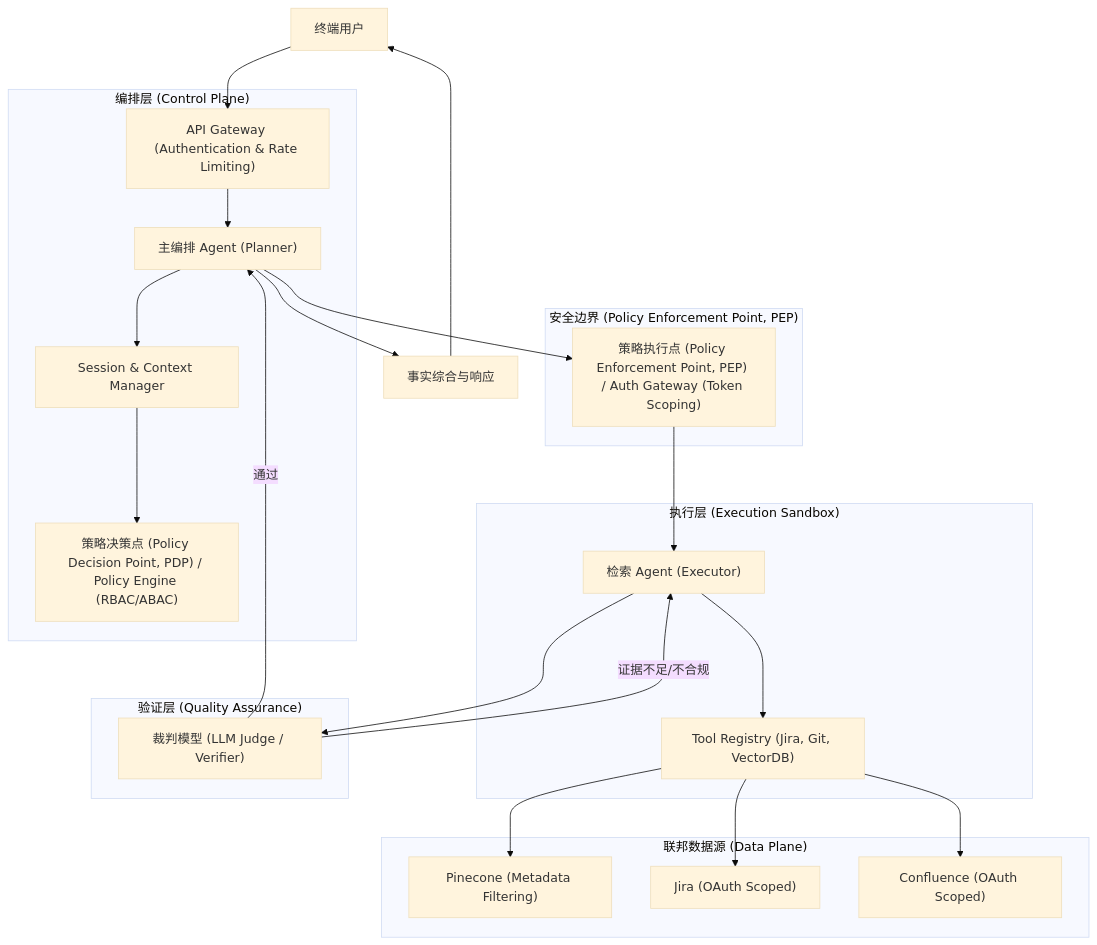
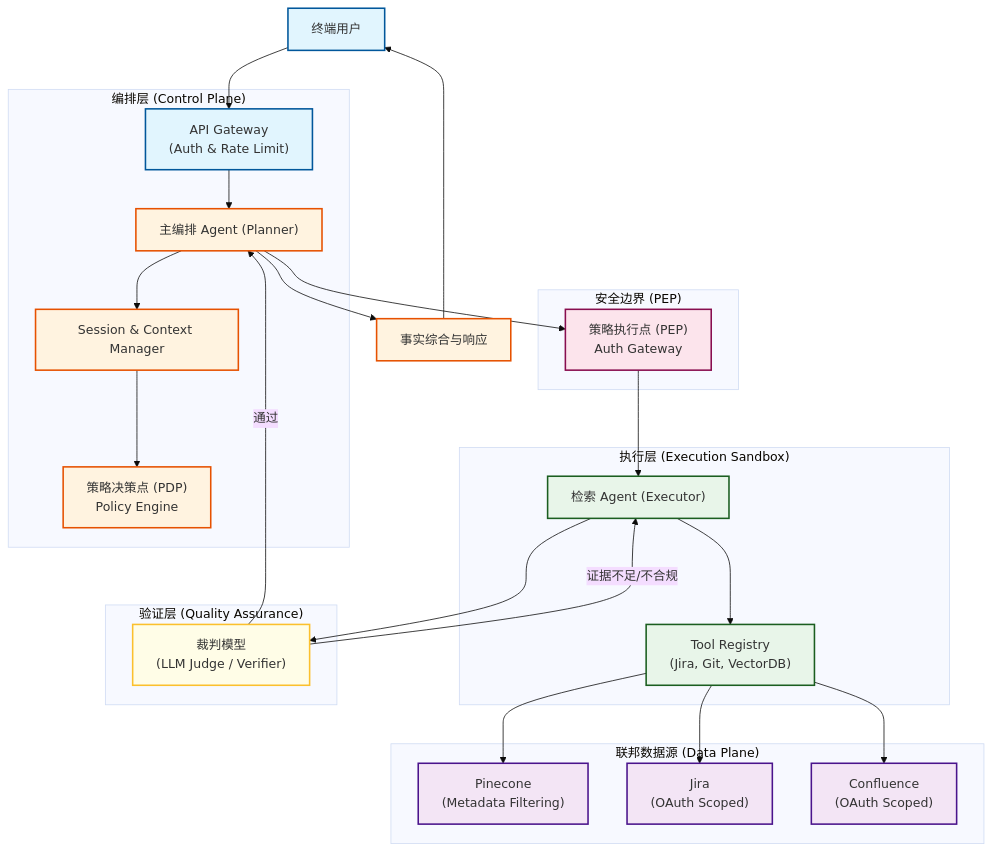
Before and after one commit to cute-spring/opencode-notes: the first of 35 diagrams in docs/arch/enterprise-agentic-rag.md, drawn with Mermaid (base theme). The commit also changed other lines of this file and 2 other files, not shown here.

Commit message:
docs(arch): add smart caching strategy and golden cache FAQ; update agentic RAG

````diff
--- a/docs/arch/enterprise-agentic-rag.md
+++ b/docs/arch/enterprise-agentic-rag.md
@@ -138,34 +179,42 @@
 ```mermaid
 graph TD
-    User["终端用户"] --> API["API Gateway (Authentication & Rate Limiting)"]
+    %% 样式定义
+    classDef user fill:#e1f5fe,stroke:#01579b,stroke-width:2px;
+    classDef control fill:#fff3e0,stroke:#e65100,stroke-width:2px;
+    classDef security fill:#fce4ec,stroke:#880e4f,stroke-width:2px;
+    classDef execution fill:#e8f5e9,stroke:#1b5e20,stroke-width:2px;
+    classDef data fill:#f3e5f5,stroke:#4a148c,stroke-width:2px;
+    classDef validation fill:#fffde7,stroke:#fbc02d,stroke-width:2px;
+
+    User["终端用户"]:::user --> API["API Gateway<br/>(Auth & Rate Limit)"]:::user
     
-    subgraph Orchestration_Layer ["编排层 (Control Plane)"]
-        API --> MainAgent["主编排 Agent (Planner)"]
-        MainAgent --> SessionMgr["Session & Context Manager"]
-        SessionMgr --> PolicyEngine["策略决策点 (Policy Decision Point, PDP) / Policy Engine (RBAC/ABAC)"]
+    subgraph Box_Control ["编排层 (Control Plane)"]
+        API --> MainAgent["主编排 Agent (Planner)"]:::control
+        MainAgent --> SessionMgr["Session & Context Manager"]:::control
+        SessionMgr --> PolicyEngine["策略决策点 (PDP)<br/>Policy Engine"]:::control
     end
 
-    subgraph Security_Boundary ["安全边界 (Policy Enforcement Point, PEP)"]
-        MainAgent --> AuthGateway["策略执行点 (Policy Enforcement Point, PEP) / Auth Gateway (Token Scoping)"]
+    subgraph Box_Security ["安全边界 (PEP)"]
+        MainAgent --> AuthGateway["策略执行点 (PEP)<br/>Auth Gateway"]:::security
     end
 
-    subgraph Agentic_Sandbox ["执行层 (Execution Sandbox)"]
-        AuthGateway --> RetrievalAgent["检索 Agent (Executor)"]
-        RetrievalAgent --> ToolRegistry["Tool Registry (Jira, Git, VectorDB)"]
+    subgraph Box_Execution ["执行层 (Execution Sandbox)"]
+        AuthGateway --> RetrievalAgent["检索 Agent (Executor)"]:::execution
+        RetrievalAgent --> ToolRegistry["Tool Registry<br/>(Jira, Git, VectorDB)"]:::execution
     end
 
-    subgraph Data_Sources ["联邦数据源 (Data Plane)"]
-        ToolRegistry --> Pinecone["Pinecone (Metadata Filtering)"]
-        ToolRegistry --> Jira["Jira (OAuth Scoped)"]
-        ToolRegistry --> Confluence["Confluence (OAuth Scoped)"]
+    subgraph Box_Data ["联邦数据源 (Data Plane)"]
+        ToolRegistry --> Pinecone["Pinecone<br/>(Metadata Filtering)"]:::data
+        ToolRegistry --> Jira["Jira<br/>(OAuth Scoped)"]:::data
+        ToolRegistry --> Confluence["Confluence<br/>(OAuth Scoped)"]:::data
     end
 
-    subgraph Validation_Layer ["验证层 (Quality Assurance)"]
-        RetrievalAgent --> Critic["裁判模型 (LLM Judge / Verifier)"]
+    subgraph Box_Validation ["验证层 (Quality Assurance)"]
+        RetrievalAgent --> Critic["裁判模型<br/>(LLM Judge / Verifier)"]:::validation
         Critic -- "证据不足/不合规" --> RetrievalAgent
         Critic -- "通过" --> MainAgent
     end
 
-    MainAgent --> FinalResponse["事实综合与响应"]
+    MainAgent --> FinalResponse["事实综合与响应"]:::control
     FinalResponse --> User
 ```
````
